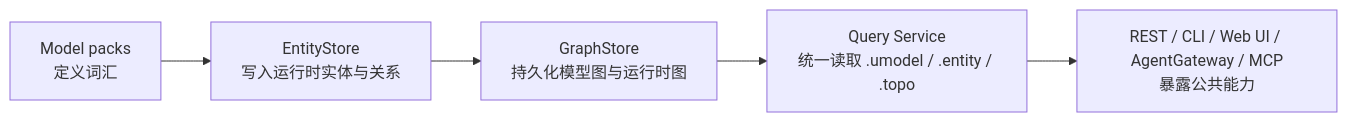
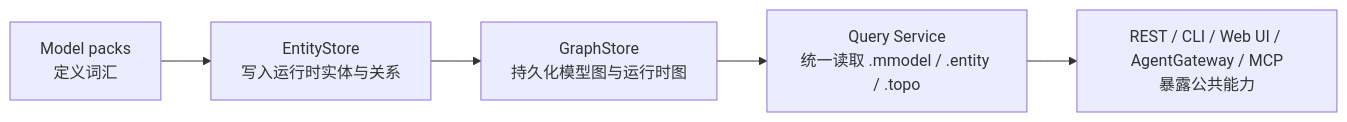
One commit to lichaoaaron/UnifiedModel changed the diagram in docs/zh/learning-guide/README.md. Above: the diagram before and after it, drawn with Mermaid. The commit also changed other lines of this file and 765 other files, not shown here.

````diff
--- a/docs/zh/learning-guide/README.md
+++ b/docs/zh/learning-guide/README.md
@@ -32,7 +32,7 @@
 ```mermaid
 flowchart LR
   A["Model packs\n定义词汇"] --> B["EntityStore\n写入运行时实体与关系"]
   B --> C["GraphStore\n持久化模型图与运行时图"]
-  C --> D["Query Service\n统一读取 .umodel / .entity / .topo"]
+  C --> D["Query Service\n统一读取 .mmodel / .entity / .topo"]
   D --> E["REST / CLI / Web UI / AgentGateway / MCP\n暴露公共能力"]
 ```
````
